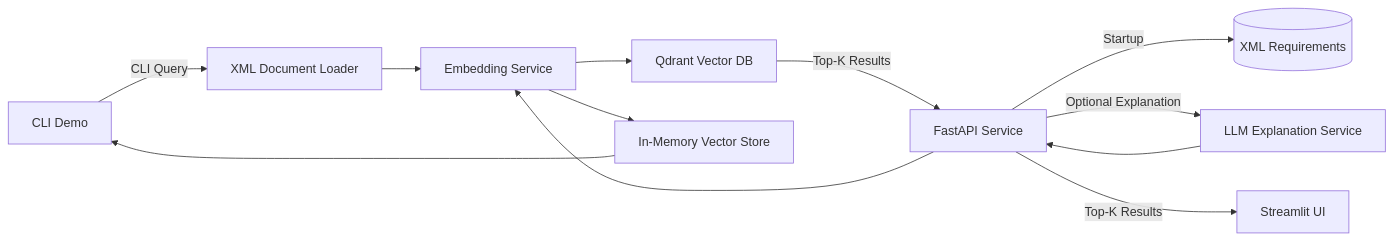
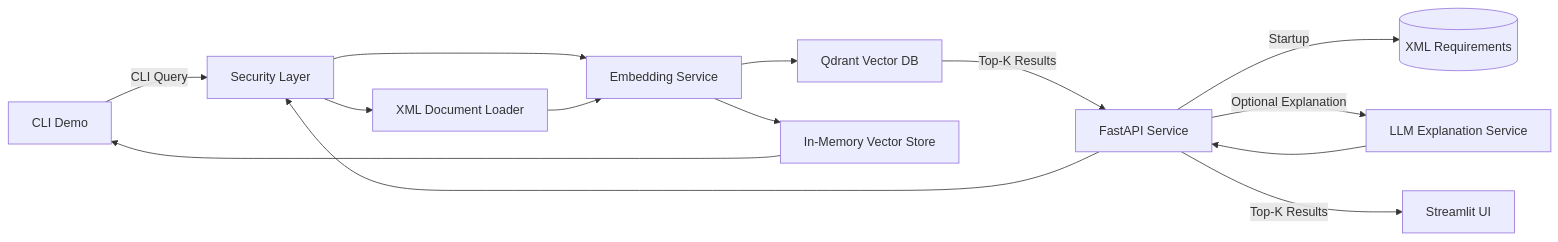
The diagram in README.md (patricknanz2002-wq/ai-requirements-engine), drawn with Mermaid before and after one commit. The commit also changed other lines of this file and 6 other files, not shown here.

First line of the commit message:
feat: add security layer with API integration and documentation

````diff
--- a/README.md
+++ b/README.md
@@ -81,29 +83,31 @@
 ```mermaid
 flowchart LR
 
 CLI["CLI Demo"]
 UI["Streamlit UI"]
 API["FastAPI Service"]
 Embedder["Embedding Service"]
 VectorDB["Qdrant Vector DB"]
 LLM["LLM Explanation Service"]
 Data[(XML Requirements)]
 Loader["XML Document Loader"]
 
 API -->|Startup| Data
-API --> Embedder
+API --> Security["Security Layer"]
+Security --> Embedder
 
 Embedder --> VectorDB
 VectorDB -->|Top-K Results| API
 
 API -->|Optional Explanation| LLM
 LLM --> API
 
-CLI -->|CLI Query| Loader
+CLI -->|CLI Query| Security
+Security --> Loader
 Loader --> Embedder
 Embedder --> CLIStore["In-Memory Vector Store"]
 CLIStore --> CLI
 
 API -->|Top-K Results| UI
 
 ```
````
